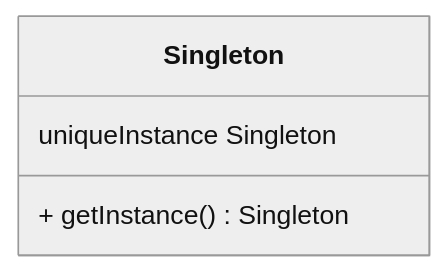
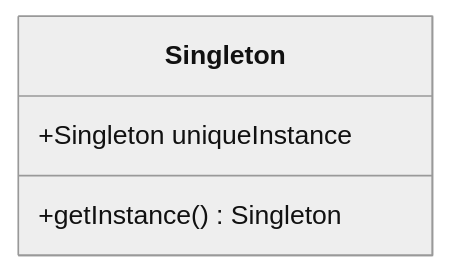
Before and after one commit to user-h/hdata-doc: the diagram in docs/01.Java相关/04.设计模式/050.单例模式.md, drawn with Mermaid (neutral theme). The commit also changed 7 other files, not shown here.

````diff
--- a/docs/01.Java相关/04.设计模式/050.单例模式.md
+++ b/docs/01.Java相关/04.设计模式/050.单例模式.md
@@ -20,7 +20,7 @@
 ```mermaid  
 classDiagram  
     class Singleton{
-      uniqueInstance Singleton
-      + getInstance() Singleton
+      +Singleton uniqueInstance
+      +getInstance() Singleton
     }
 ```
````
